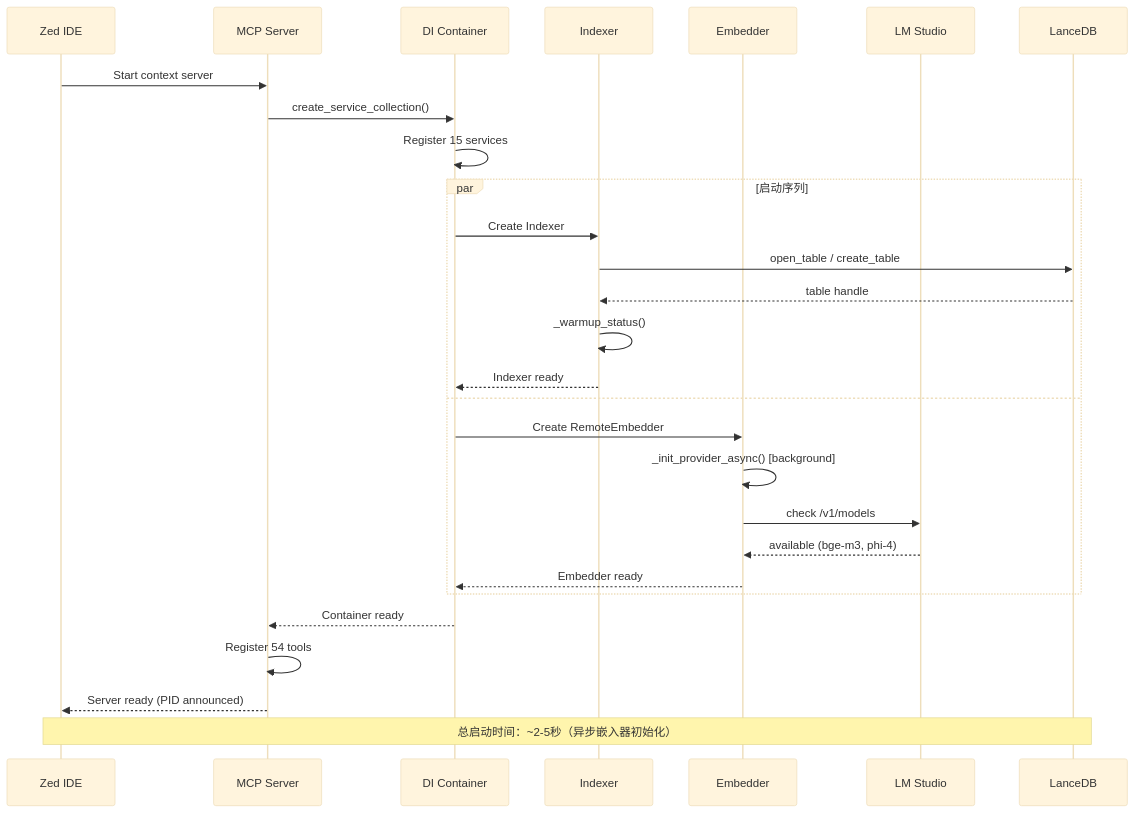
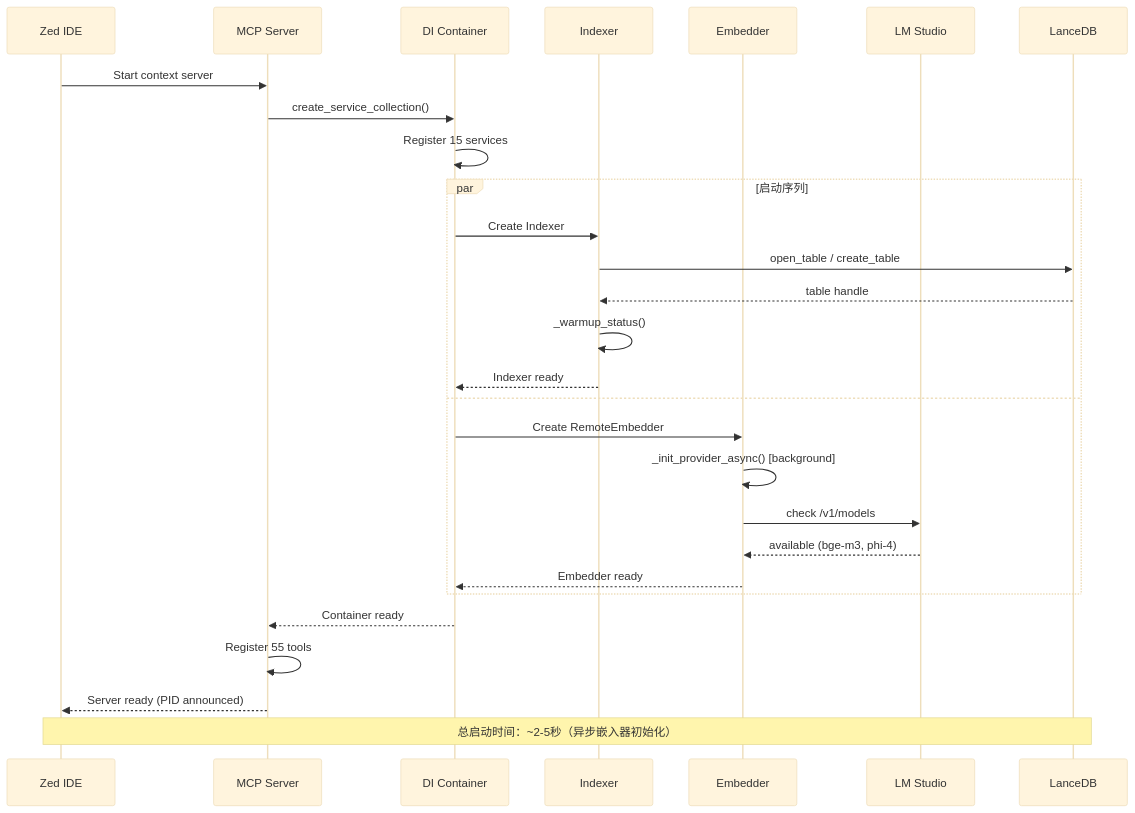
The fifth of 8 diagrams in docs/zh/ARCHITECTURE_DEEP.md (ManSio/mscodebase-intelligence), drawn with Mermaid (base theme) before and after one commit. The commit also changed other lines of this file and 33 other files, not shown here.

````diff
--- a/docs/zh/ARCHITECTURE_DEEP.md
+++ b/docs/zh/ARCHITECTURE_DEEP.md
@@ -178,34 +178,34 @@
 ```mermaid
 sequenceDiagram
     participant Zed as Zed IDE
     participant MCP as MCP Server
     participant DI as DI Container
     participant IX as Indexer
     participant EM as Embedder
     participant LM as LM Studio
     participant DB as LanceDB
 
     Zed->>MCP: Start context server
     MCP->>DI: create_service_collection()
     DI->>DI: Register 15 services
     
     par 启动序列
         DI->>IX: Create Indexer
         IX->>DB: open_table / create_table
         DB-->>IX: table handle
         IX->>IX: _warmup_status()
         IX-->>DI: Indexer ready
     and
         DI->>EM: Create RemoteEmbedder
         EM->>EM: _init_provider_async() [background]
         EM->>LM: check /v1/models
         LM-->>EM: available (bge-m3, phi-4)
         EM-->>DI: Embedder ready
     end
     
     DI-->>MCP: Container ready
-    MCP->>MCP: Register 54 tools
+    MCP->>MCP: Register 55 tools
     MCP-->>Zed: Server ready (PID announced)
     
     Note over Zed,DB: 总启动时间：~2-5秒（异步嵌入器初始化）
 ```
````
